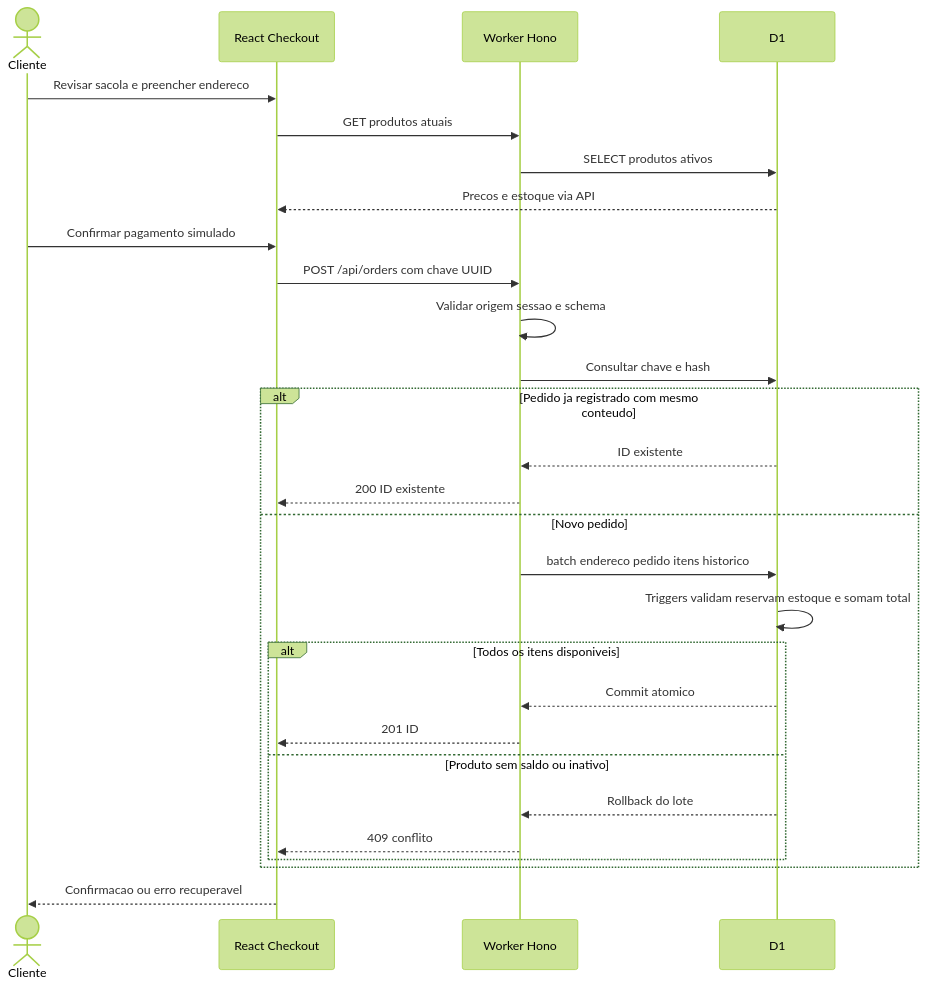
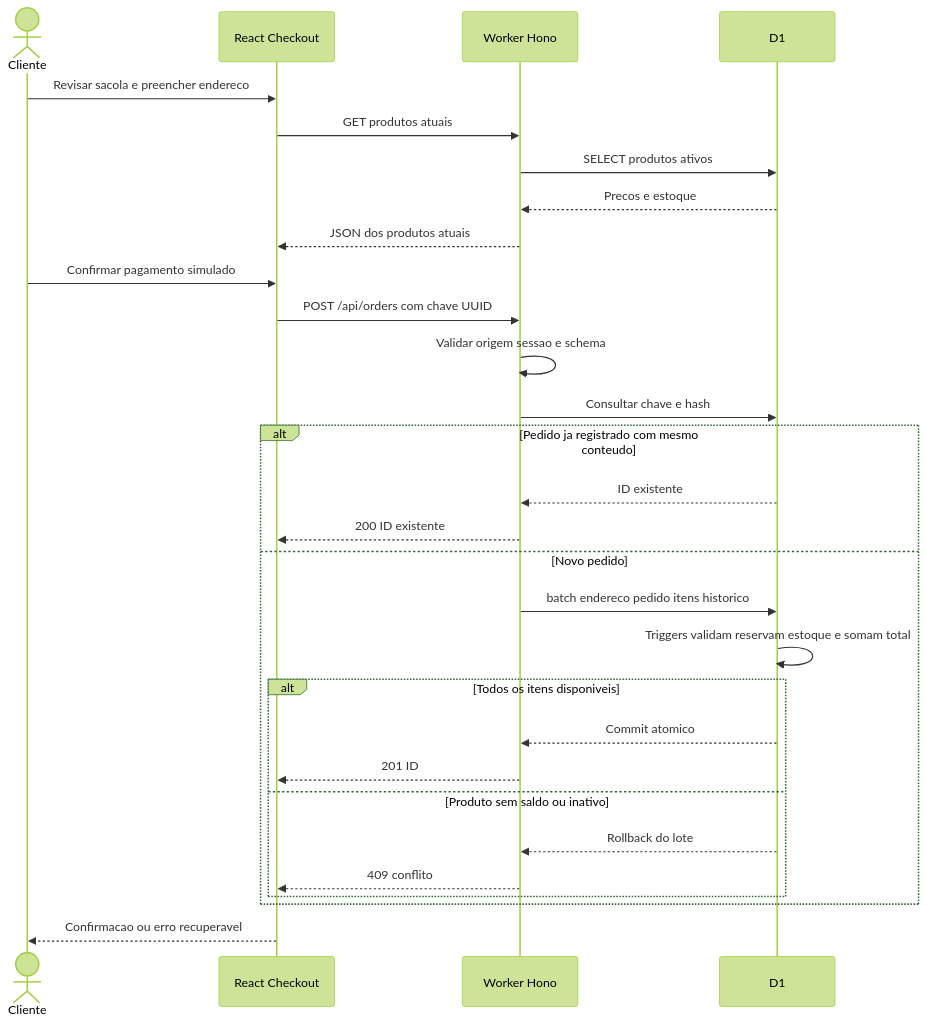
Before and after one commit to henriquefarisco/cupcake-store-h: the diagram in docs/diagramas/sequencia-compra.mmd, drawn with Mermaid (forest theme). The commit also changed 4 other files, not shown here.

Commit message:
Refina diagramas de fluxo e padroniza finais de linha

```diff
--- a/docs/diagramas/sequencia-compra.mmd
+++ b/docs/diagramas/sequencia-compra.mmd
@@ -1,28 +1,29 @@
 sequenceDiagram
     actor Cliente
     participant UI as React Checkout
     participant API as Worker Hono
     participant DB as D1
     Cliente->>UI: Revisar sacola e preencher endereco
     UI->>API: GET produtos atuais
     API->>DB: SELECT produtos ativos
-    DB-->>UI: Precos e estoque via API
+    DB-->>API: Precos e estoque
+    API-->>UI: JSON dos produtos atuais
     Cliente->>UI: Confirmar pagamento simulado
     UI->>API: POST /api/orders com chave UUID
     API->>API: Validar origem sessao e schema
     API->>DB: Consultar chave e hash
     alt Pedido ja registrado com mesmo conteudo
        DB-->>API: ID existente
        API-->>UI: 200 ID existente
     else Novo pedido
        API->>DB: batch endereco pedido itens historico
        DB->>DB: Triggers validam reservam estoque e somam total
        alt Todos os itens disponiveis
           DB-->>API: Commit atomico
           API-->>UI: 201 ID
        else Produto sem saldo ou inativo
           DB-->>API: Rollback do lote
           API-->>UI: 409 conflito
        end
     end
     UI-->>Cliente: Confirmacao ou erro recuperavel
```
